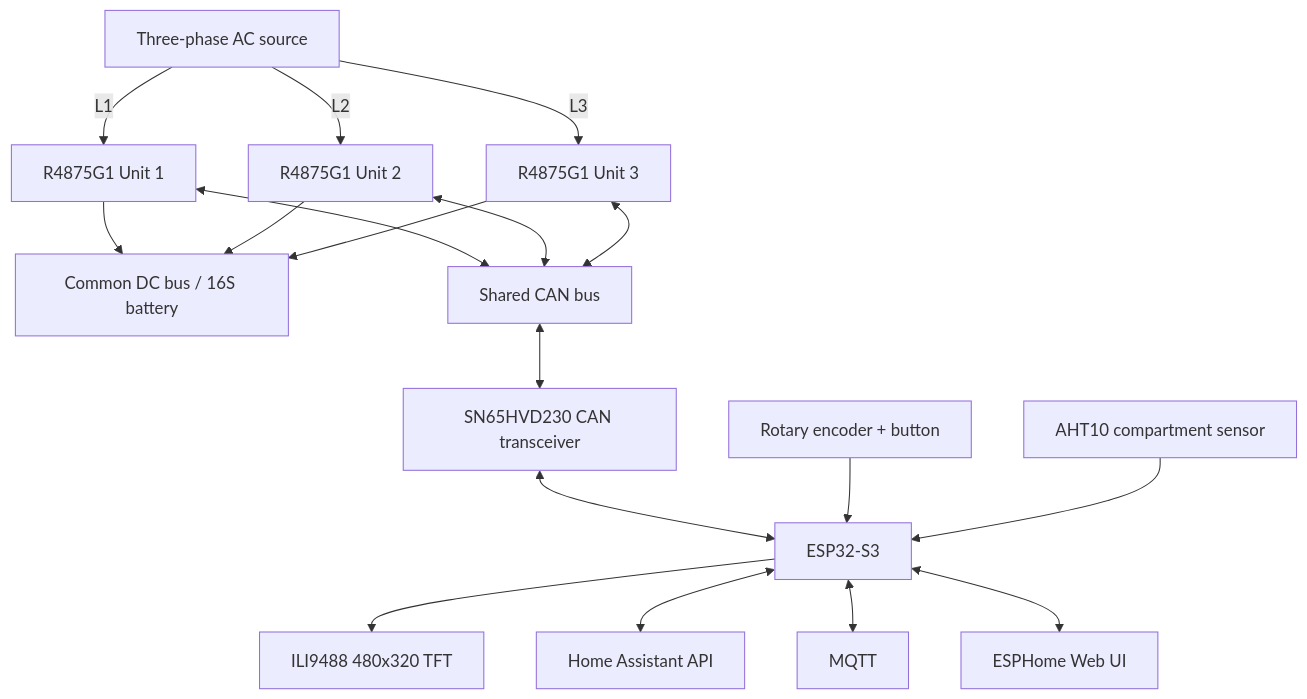
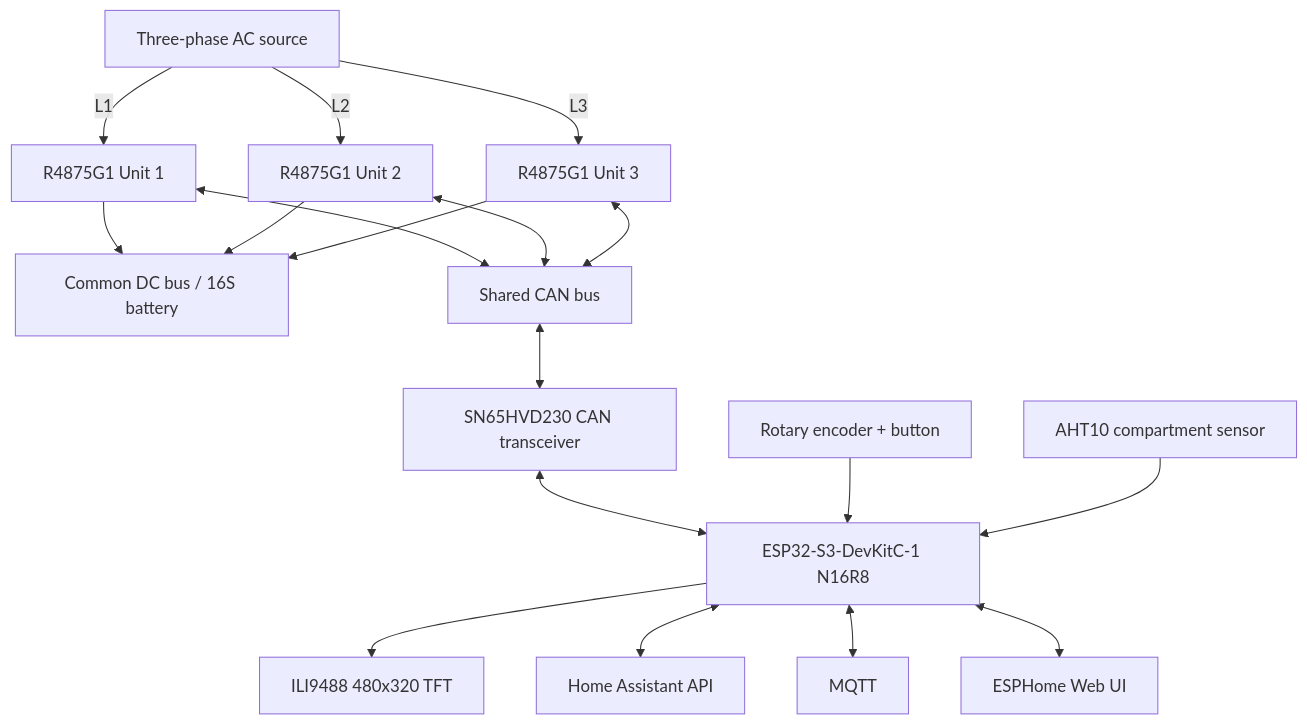
Before and after one commit to anwa/esphome-r4875g1-3phase-charger: the first of 3 diagrams in README.md, drawn with Mermaid. The commit also changed other lines of this file and 3 other files, not shown here.

First line of the commit message:
Update controller hardware to ESP32-S3-DevKitC-1

````diff
--- a/README.md
+++ b/README.md
@@ -44,24 +44,24 @@
 ```mermaid
 flowchart TD
     AC[Three-phase AC source] -->|L1| U1[R4875G1 Unit 1]
     AC -->|L2| U2[R4875G1 Unit 2]
     AC -->|L3| U3[R4875G1 Unit 3]
 
     U1 --> DCBUS[Common DC bus / 16S battery]
     U2 --> DCBUS
     U3 --> DCBUS
 
     U1 <--> CAN[Shared CAN bus]
     U2 <--> CAN
     U3 <--> CAN
     CAN <--> PHY[SN65HVD230 CAN transceiver]
-    PHY <--> ESP[ESP32-S3]
+    PHY <--> ESP[ESP32-S3-DevKitC-1 N16R8]
 
     ESP --> TFT[ILI9488 480x320 TFT]
     ENC[Rotary encoder + button] --> ESP
     AHT[AHT10 compartment sensor] --> ESP
 
     ESP <--> HA[Home Assistant API]
     ESP <--> MQTT[MQTT]
     ESP <--> WEB[ESPHome Web UI]
 ```
````
